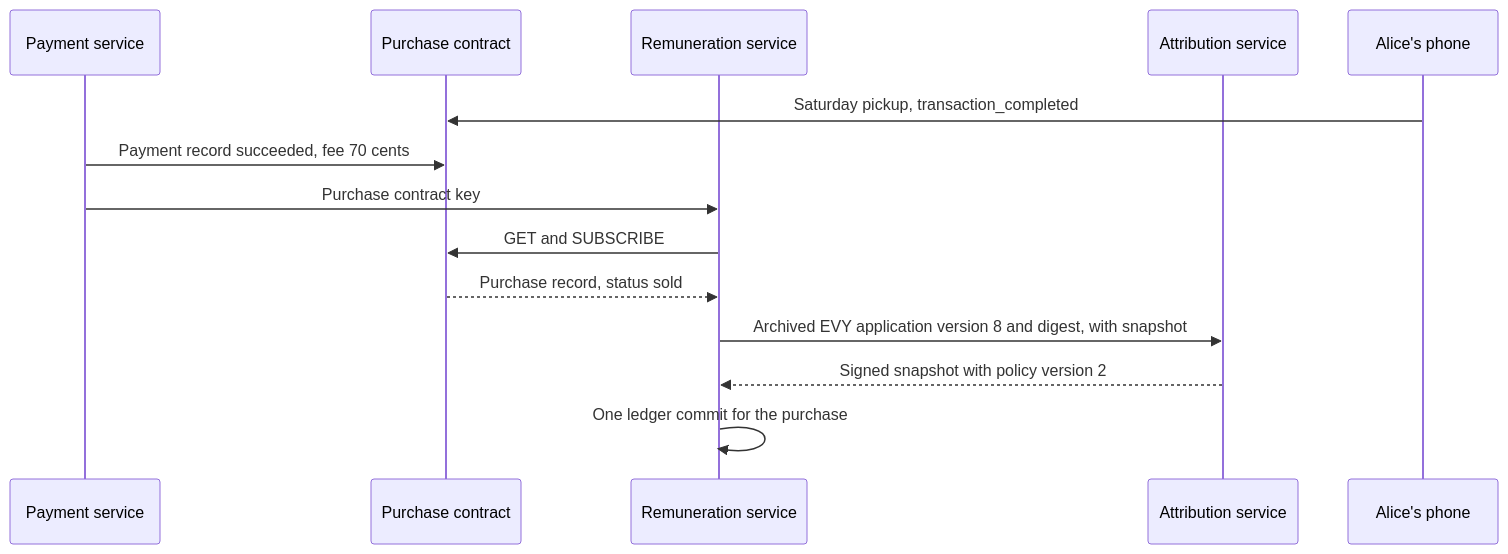
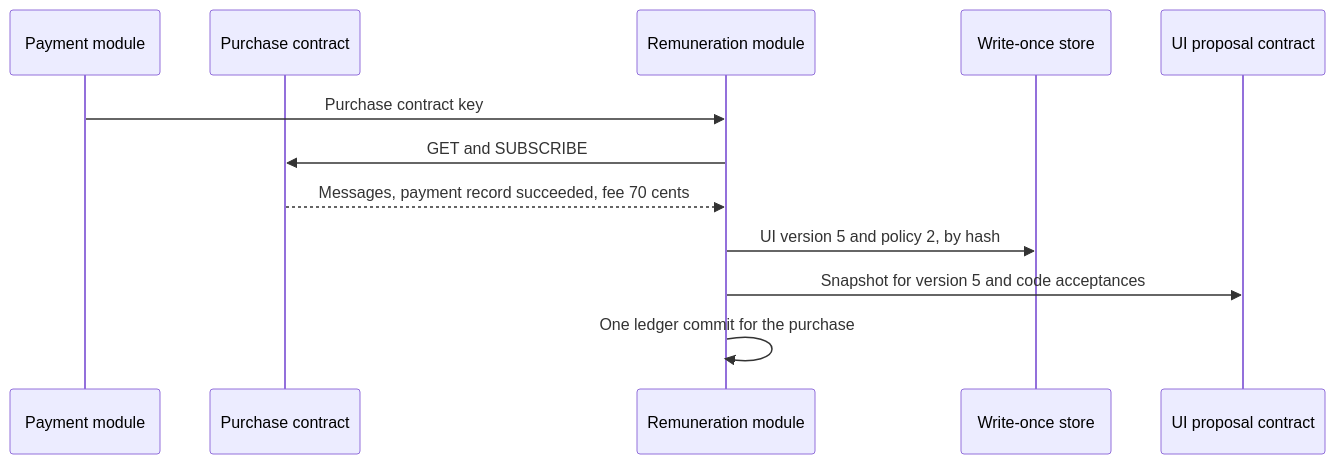
Before and after one commit to EVY-Platform/evy-freenet-plans: the first of 2 diagrams in 2-evy-on-freenet/09-remuneration.md, drawn with Mermaid. The commit also changed other lines of this file and 34 other files, not shown here.

````diff
--- a/2-evy-on-freenet/09-remuneration.md
+++ b/2-evy-on-freenet/09-remuneration.md
@@ -28,16 +43,14 @@
 ```mermaid
 sequenceDiagram
-    participant Pay as Payment service
+    participant Pay as Payment module
     participant Purchase as Purchase contract
-    participant Rem as Remuneration service
-    participant Attr as Attribution service
-    participant Alice as Alice's phone
-    Alice->>Purchase: Saturday pickup, transaction_completed
-    Pay->>Purchase: Payment record succeeded, fee 70 cents
+    participant Rem as Remuneration module
+    participant Store as Write-once store
+    participant Prop as UI proposal contract
     Pay->>Rem: Purchase contract key
     Rem->>Purchase: GET and SUBSCRIBE
-    Purchase-->>Rem: Purchase record, status sold
-    Rem->>Attr: Archived EVY application version 8 and digest, with snapshot
-    Attr-->>Rem: Signed snapshot with policy version 2
+    Purchase-->>Rem: Messages, payment record succeeded, fee 70 cents
+    Rem->>Store: UI version 5 and policy 2, by hash
+    Rem->>Prop: Snapshot for version 5 and code acceptances
     Rem->>Rem: One ledger commit for the purchase
 ```
````
